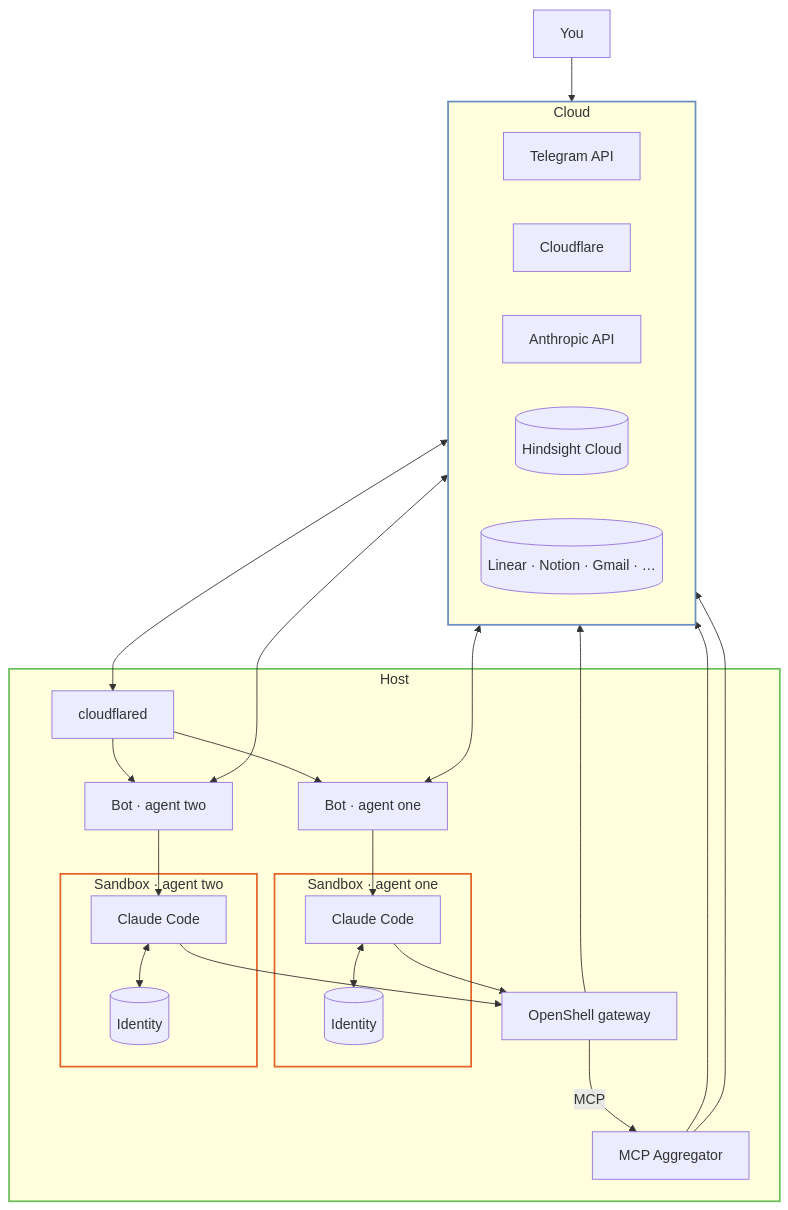
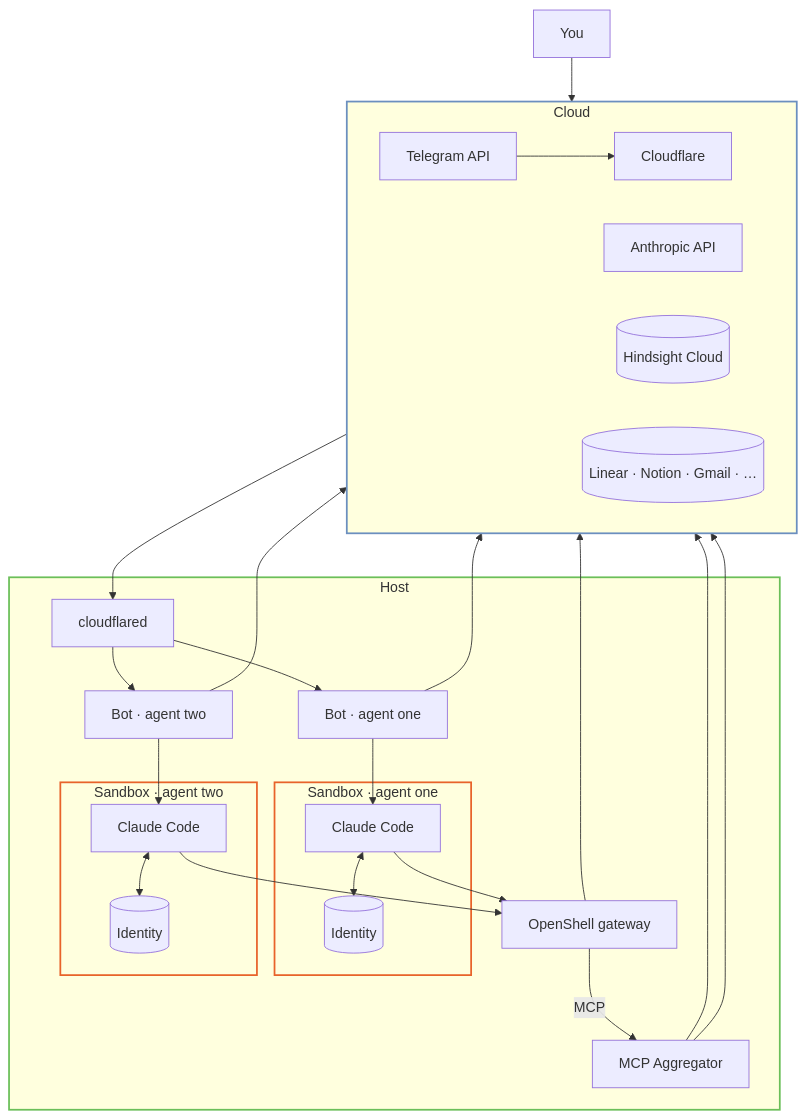
One commit to onsails/right-agent changed the diagram in README.md. Above: the diagram before and after it, drawn with Mermaid.

Commit message:
docs(readme): show webhook ingress through cloudflare in diagram
Updates: Telegram → Cloudflare → cloudflared → Bot. Replies still
go Bot → Telegram directly via the Bot API.

````diff
--- a/README.md
+++ b/README.md
@@ -109,57 +109,58 @@
 ```mermaid
 flowchart TB
   U[You]
 
   subgraph CLOUD["Cloud"]
     direction LR
     TG[Telegram API]
     CF[Cloudflare]
     ANT[Anthropic API]
     HS[(Hindsight Cloud)]
     EXT[(Linear · Notion · Gmail · …)]
   end
 
   subgraph HOST["Host"]
     B1[Bot · agent one]
     B2[Bot · agent two]
     AGG[MCP Aggregator]
     CFD[cloudflared]
     OS[OpenShell gateway]
 
     subgraph SANDBOX_1["Sandbox · agent one"]
       A1[Claude Code]
       I1[(Identity)]
     end
 
     subgraph SANDBOX_2["Sandbox · agent two"]
       A2[Claude Code]
       I2[(Identity)]
     end
   end
 
   U --> TG
-  TG <--> B1
-  TG <--> B2
-  CF <--> CFD
+  TG --> CF
+  CF --> CFD
   CFD --> B1
   CFD --> B2
+  B1 --> TG
+  B2 --> TG
 
   B1 --> A1
   B2 --> A2
 
   A1 <--> I1
   A2 <--> I2
 
   A1 --> OS
   A2 --> OS
   OS --> ANT
   OS -->|MCP| AGG
 
   AGG --> HS
   AGG --> EXT
 
   style CLOUD stroke:#6b8fbf,stroke-width:2px
   style HOST stroke:#6bbf59,stroke-width:2px
   style SANDBOX_1 stroke:#E8632A,stroke-width:2px
   style SANDBOX_2 stroke:#E8632A,stroke-width:2px
 ```
````
